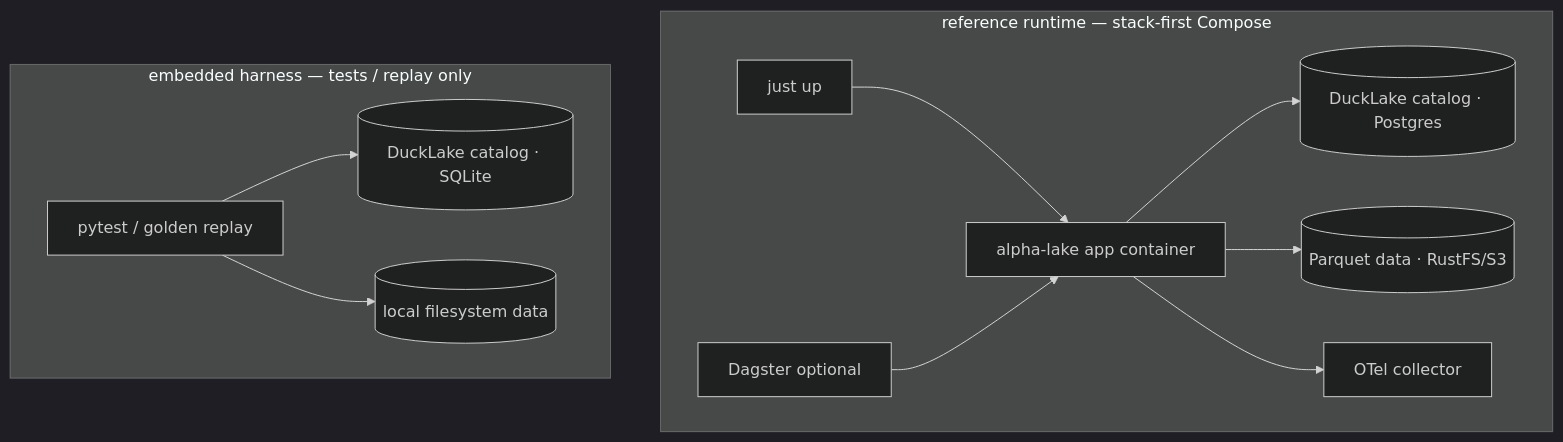
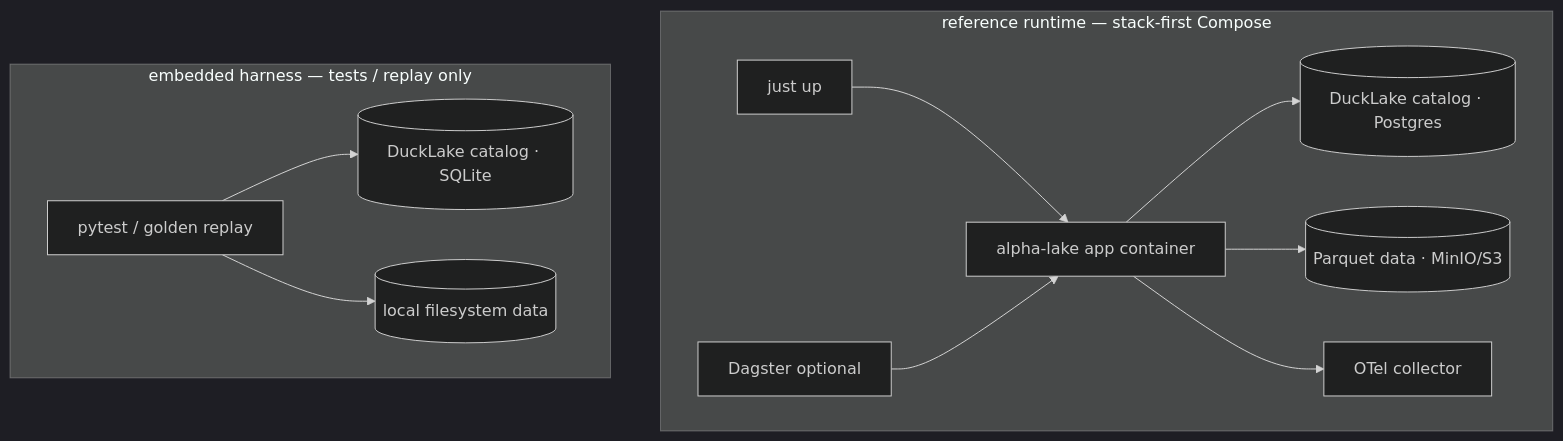
The second of 6 diagrams in docs/DESIGN.md (mblaauw/alpha-lake), drawn with Mermaid (dark theme) before and after one commit. The commit also changed other lines of this file and 12 other files, not shown here.

First line of the commit message:
fix: QA sweep — RustFS→MinIO, missing CLI commands, doc stale items

````diff
--- a/docs/DESIGN.md
+++ b/docs/DESIGN.md
@@ -93,16 +93,16 @@
 ```mermaid
 flowchart TB
   subgraph STACK["reference runtime — stack-first Compose"]
     direction LR
     J[just up] --> APP[alpha-lake app container]
     APP --> PG[(DuckLake catalog · Postgres)]
-    APP --> S3[(Parquet data · RustFS/S3)]
+    APP --> S3[(Parquet data · MinIO/S3)]
     APP --> OTEL[OTel collector]
     DAG[Dagster optional] --> APP
   end
   subgraph EMBED["embedded harness — tests / replay only"]
     direction LR
     T[pytest / golden replay] --> SQL[(DuckLake catalog · SQLite)]
     T --> FS[(local filesystem data)]
   end
 ```
````
